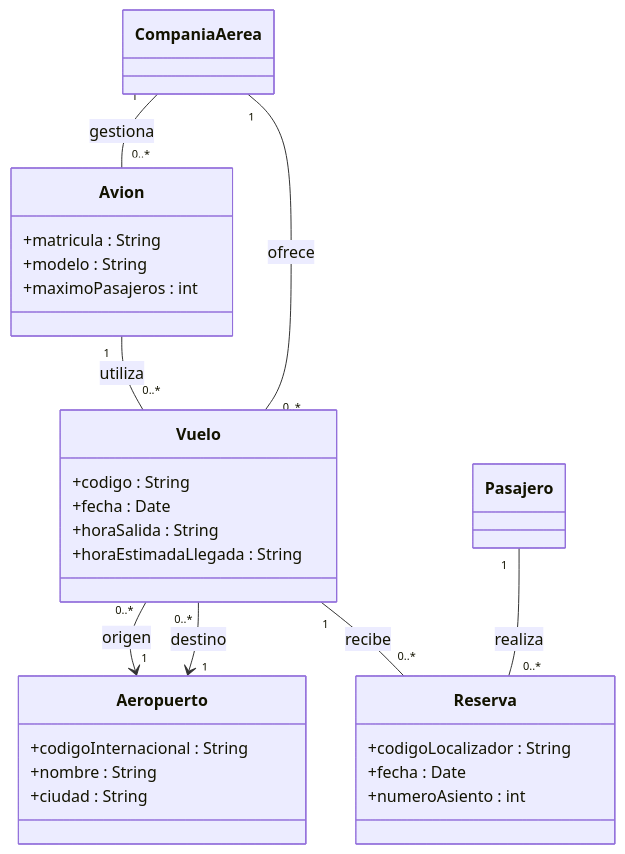
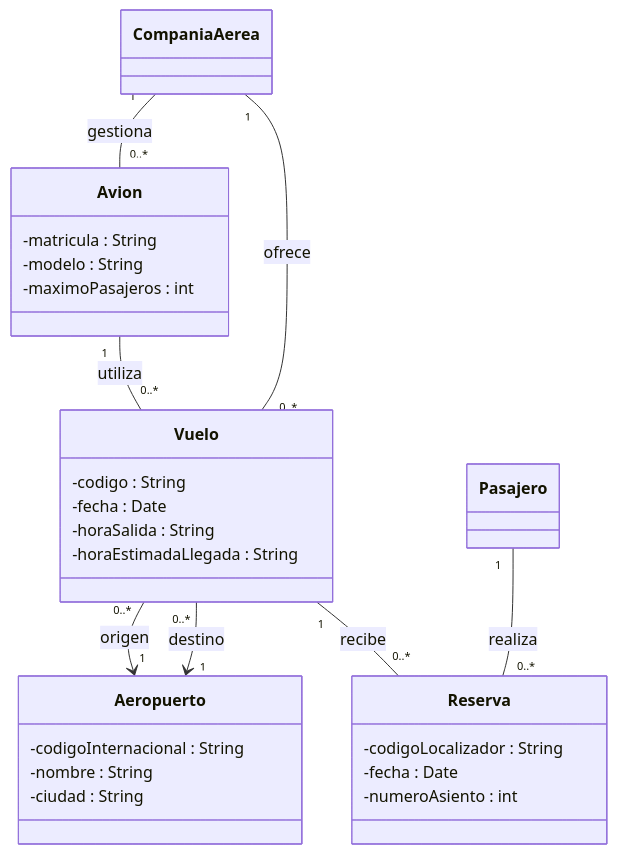
One commit to yurigo/POO-GES-2627 changed the fifth of 5 diagrams in sessions/session-09/UML.md. Above: the diagram before and after it, drawn with Mermaid. The commit also changed other lines of this file, not shown here.

````diff
--- a/sessions/session-09/UML.md
+++ b/sessions/session-09/UML.md
@@ -116,39 +116,39 @@
 ```mermaid
 classDiagram
     class CompaniaAerea
 
     class Avion {
-        +matricula : String
-        +modelo : String
-        +maximoPasajeros : int
+        -matricula : String
+        -modelo : String
+        -maximoPasajeros : int
     }
 
     class Vuelo {
-        +codigo : String
-        +fecha : Date
-        +horaSalida : String
-        +horaEstimadaLlegada : String
+        -codigo : String
+        -fecha : Date
+        -horaSalida : String
+        -horaEstimadaLlegada : String
     }
 
     class Aeropuerto {
-        +codigoInternacional : String
-        +nombre : String
-        +ciudad : String
+        -codigoInternacional : String
+        -nombre : String
+        -ciudad : String
     }
 
     class Pasajero
 
     class Reserva {
-        +codigoLocalizador : String
-        +fecha : Date
-        +numeroAsiento : int
+        -codigoLocalizador : String
+        -fecha : Date
+        -numeroAsiento : int
     }
 
     CompaniaAerea "1" -- "0..*" Avion : gestiona
     CompaniaAerea "1" -- "0..*" Vuelo : ofrece
     Avion "1" -- "0..*" Vuelo : utiliza
     Vuelo "0..*" --> "1" Aeropuerto : origen
     Vuelo "0..*" --> "1" Aeropuerto : destino
     Pasajero "1" -- "0..*" Reserva : realiza
     Vuelo "1" -- "0..*" Reserva : recibe
 ```
````
